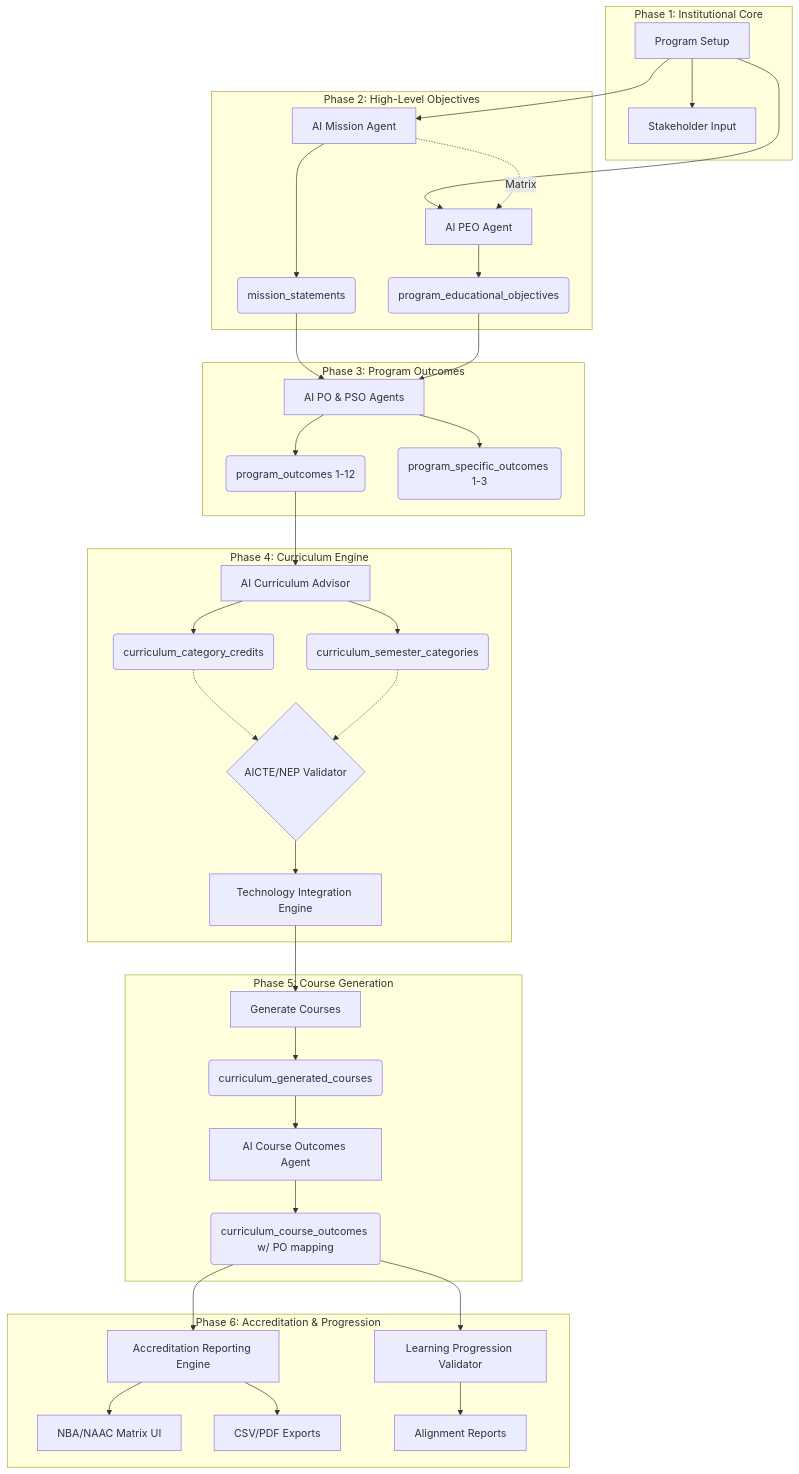
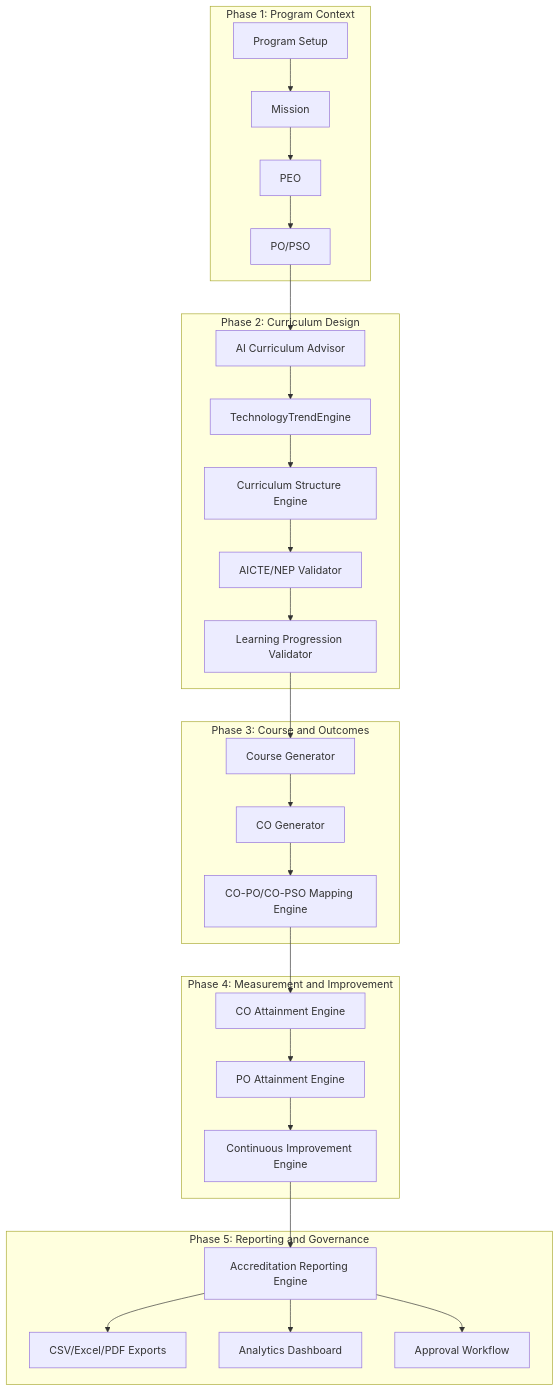
Before and after one commit to harikiran138/C2E: the diagram in CURRICULUM_ENGINE_FINAL_AUDIT.md, drawn with Mermaid. The commit also changed other lines of this file and 1 other file, not shown here.

First line of the commit message:
Update curriculum audit doc and semester course logic

````diff
--- a/CURRICULUM_ENGINE_FINAL_AUDIT.md
+++ b/CURRICULUM_ENGINE_FINAL_AUDIT.md
@@ -21,47 +34,35 @@
 ```mermaid
 graph TD
-    subgraph Phase 1: Institutional Core
-    A[Program Setup] --> B[Stakeholder Input]
+    subgraph Phase 1: Program Context
+    A[Program Setup] --> B[Mission]
+    B --> C[PEO]
+    C --> D[PO/PSO]
     end
 
-    subgraph Phase 2: High-Level Objectives
-    A --> C[AI Mission Agent]
-    C --> D(mission_statements)
-    
-    A --> E[AI PEO Agent]
-    E --> F(program_educational_objectives)
-    
-    C -.-> |Matrix| E
+    subgraph Phase 2: Curriculum Design
+    D --> E[AI Curriculum Advisor]
+    E --> F[TechnologyTrendEngine]
+    F --> G[Curriculum Structure Engine]
+    G --> H[AICTE/NEP Validator]
+    H --> I[Learning Progression Validator]
     end
 
-    subgraph Phase 3: Program Outcomes
-    D --> G[AI PO & PSO Agents]
-    F --> G
-    G --> H(program_outcomes 1-12)
-    G --> I(program_specific_outcomes 1-3)
+    subgraph Phase 3: Course and Outcomes
+    I --> J[Course Generator]
+    J --> K[CO Generator]
+    K --> L[CO-PO/CO-PSO Mapping Engine]
     end
 
-    subgraph Phase 4: Curriculum Engine
-    H --> J[AI Curriculum Advisor]
-    J --> K(curriculum_category_credits)
-    J --> L(curriculum_semester_categories)
-    K -.-> M{AICTE/NEP Validator}
-    L -.-> M
-    M --> TT[Technology Integration Engine]
+    subgraph Phase 4: Measurement and Improvement
+    L --> M[CO Attainment Engine]
+    M --> N[PO Attainment Engine]
+    N --> O[Continuous Improvement Engine]
     end
 
-    subgraph Phase 5: Course Generation
-    TT --> N[Generate Courses]
-    N --> O(curriculum_generated_courses)
-    O --> P[AI Course Outcomes Agent]
-    P --> Q(curriculum_course_outcomes w/ PO mapping)
-    end
-
-    subgraph Phase 6: Accreditation & Progression
-    Q --> R[Accreditation Reporting Engine]
-    Q --> LPV[Learning Progression Validator]
-    R --> S[NBA/NAAC Matrix UI]
-    R --> T[CSV/PDF Exports]
-    LPV --> U[Alignment Reports]
+    subgraph Phase 5: Reporting and Governance
+    O --> P[Accreditation Reporting Engine]
+    P --> Q[CSV/Excel/PDF Exports]
+    P --> R[Analytics Dashboard]
+    P --> S[Approval Workflow]
     end
 ```
````
